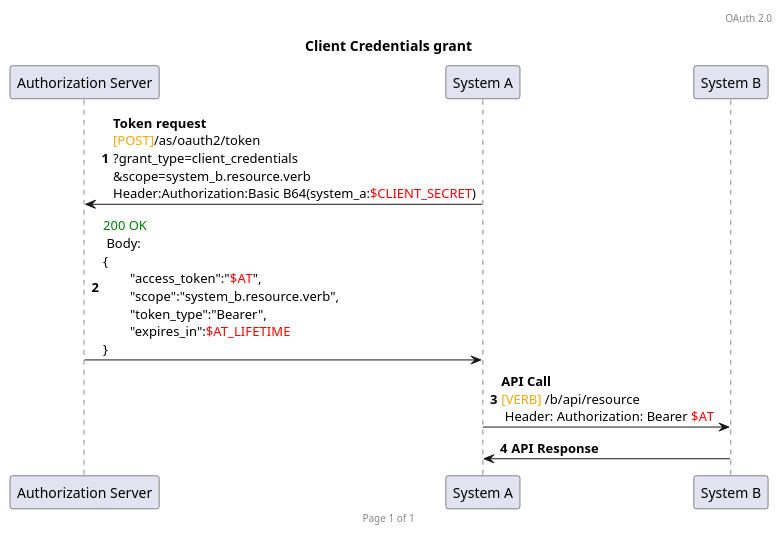
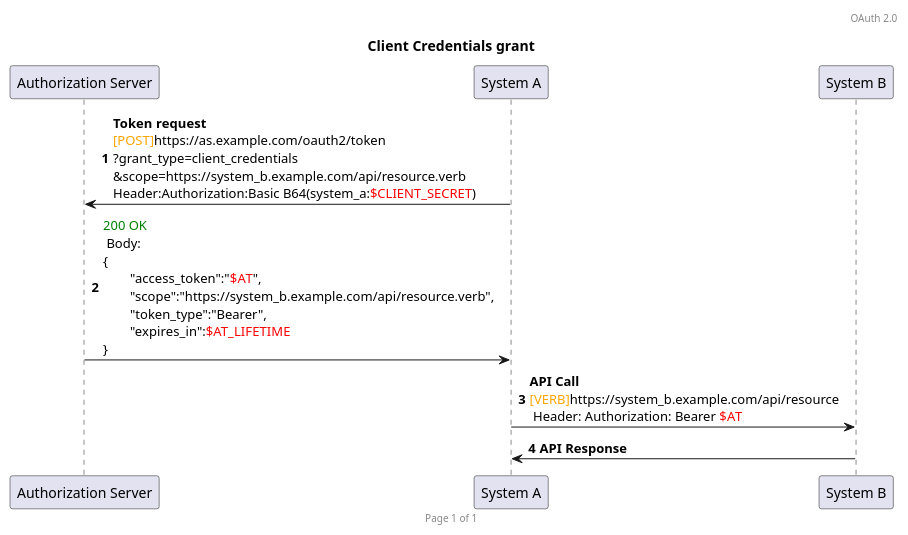
One commit to HenriLefevrePro/Articles changed the diagram in plantuml/oauth2/client_credentials.plantuml. Above: the diagram before and after it, drawn with PlantUML.

```diff
--- a/plantuml/oauth2/client_credentials.plantuml
+++ b/plantuml/oauth2/client_credentials.plantuml
@@ -1,18 +1,18 @@
 @startuml
 
 header OAuth 2.0
 footer Page %page% of %lastpage%
 
 title Client Credentials grant
 autonumber
 
 participant Auth as "Authorization Server"
 participant A as "System A"
 participant B as "System B"
 
-A -> Auth : **Token request**\n<font color=orange>[POST]</font>/as/oauth2/token\n?grant_type=client_credentials\n&scope=system_b.resource.verb\nHeader:Authorization:Basic B64(system_a:<font color=red>$CLIENT_SECRET</font>)
-Auth -> A : <font color=green>200 OK</font> \n Body: \n{\n\t"access_token":"<font color=red>$AT</font>",\n\t"scope":"system_b.resource.verb",\n\t"token_type":"Bearer",\n\t"expires_in":<font color=red>$AT_LIFETIME</font>\n}
+A -> Auth : **Token request**\n<font color=orange>[POST]</font>https://as.example.com/oauth2/token\n?grant_type=client_credentials\n&scope=https://system_b.example.com/api/resource.verb\nHeader:Authorization:Basic B64(system_a:<font color=red>$CLIENT_SECRET</font>)
+Auth -> A : <font color=green>200 OK</font> \n Body: \n{\n\t"access_token":"<font color=red>$AT</font>",\n\t"scope":"https://system_b.example.com/api/resource.verb",\n\t"token_type":"Bearer",\n\t"expires_in":<font color=red>$AT_LIFETIME</font>\n}
 
-A -> B : **API Call** \n<font color=orange>[VERB]</font> /b/api/resource\n Header: Authorization: Bearer <font color=red>$AT</font>
+A -> B : **API Call** \n<font color=orange>[VERB]</font>https://system_b.example.com/api/resource\n Header: Authorization: Bearer <font color=red>$AT</font>
 B -> A : **API Response**
 @enduml
```
